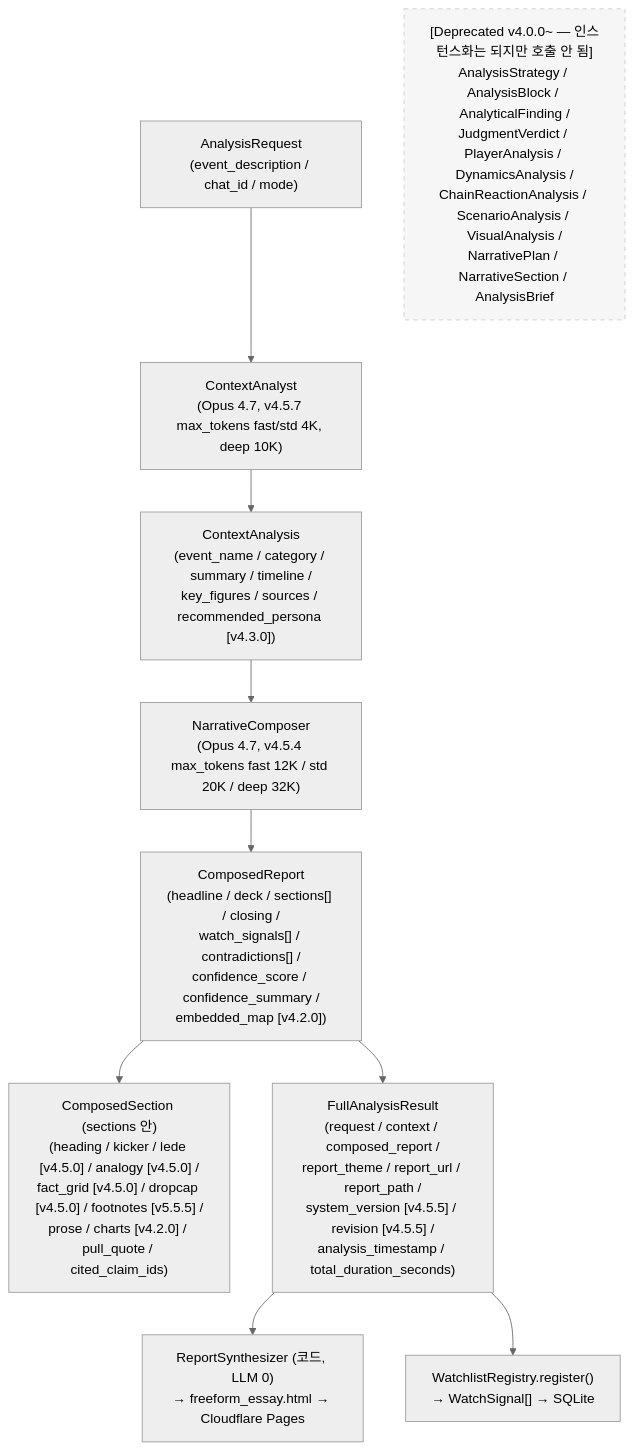
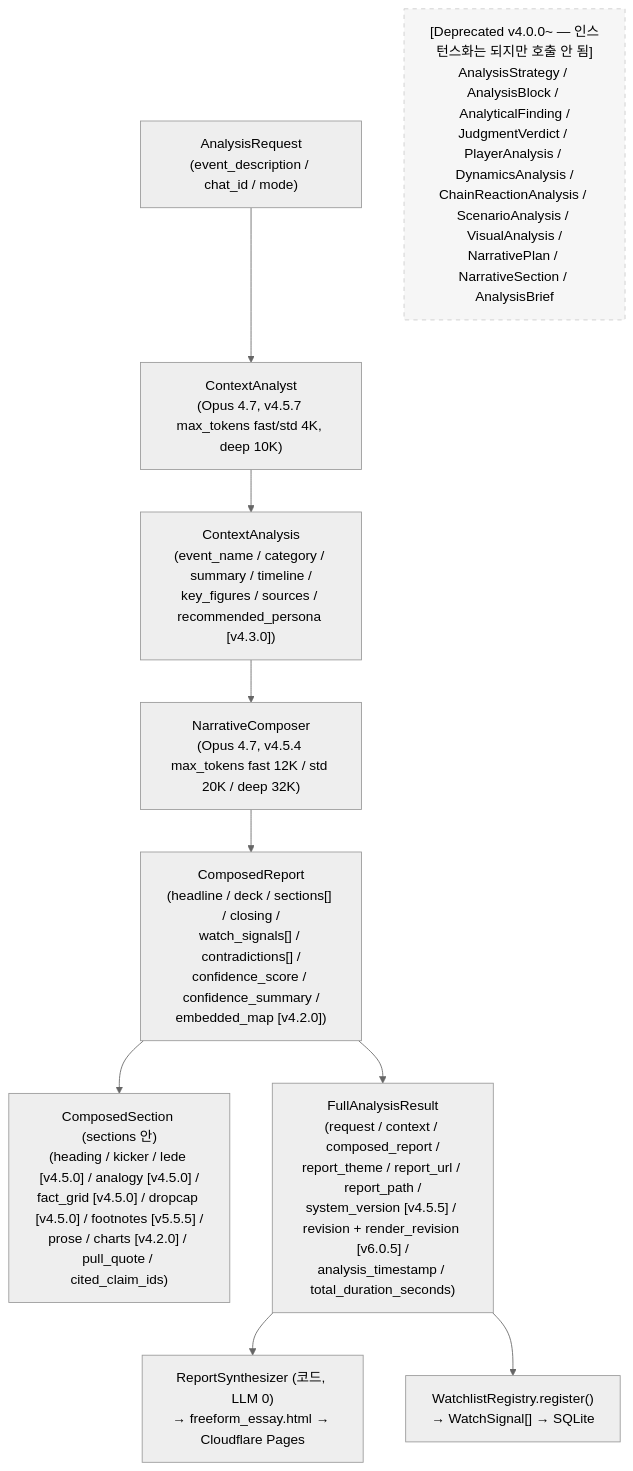
Before and after one commit to doroper98/agents_reviewer: the diagram in docs/DATA_MODELS.md, drawn with Mermaid (neutral theme). The commit also changed other lines of this file and 8 other files, not shown here.

````diff
--- a/docs/DATA_MODELS.md
+++ b/docs/DATA_MODELS.md
@@ -29,15 +29,15 @@
 ```mermaid
 flowchart TD
     REQ["AnalysisRequest<br/>(event_description / chat_id / mode)"] --> CTX["ContextAnalyst<br/>(Opus 4.7, v4.5.7 max_tokens fast/std 4K, deep 10K)"]
     CTX --> CTXA["ContextAnalysis<br/>(event_name / category / summary / timeline /<br/>key_figures / sources / recommended_persona [v4.3.0])"]
     CTXA --> COMP["NarrativeComposer<br/>(Opus 4.7, v4.5.4 max_tokens fast 12K / std 20K / deep 32K)"]
     COMP --> CR["ComposedReport<br/>(headline / deck / sections[] / closing /<br/>watch_signals[] / contradictions[] /<br/>confidence_score / confidence_summary /<br/>embedded_map [v4.2.0])"]
     CR --> SECS["ComposedSection (sections 안)<br/>(heading / kicker / lede [v4.5.0] / analogy [v4.5.0] /<br/>fact_grid [v4.5.0] / dropcap [v4.5.0] / footnotes [v5.5.5] /<br/>prose / charts [v4.2.0] / pull_quote / cited_claim_ids)"]
-    CR --> FULL["FullAnalysisResult<br/>(request / context / composed_report /<br/>report_theme / report_url / report_path /<br/>system_version [v4.5.5] / revision [v4.5.5] /<br/>analysis_timestamp / total_duration_seconds)"]
+    CR --> FULL["FullAnalysisResult<br/>(request / context / composed_report /<br/>report_theme / report_url / report_path /<br/>system_version [v4.5.5] / revision + render_revision [v6.0.5] /<br/>analysis_timestamp / total_duration_seconds)"]
     FULL --> SYNTH["ReportSynthesizer (코드, LLM 0)<br/>→ freeform_essay.html → Cloudflare Pages"]
     FULL --> WL["WatchlistRegistry.register()<br/>→ WatchSignal[] → SQLite"]
 
     %% Deprecated v3.x 모델 — 호출 안 됨
     DEPR["[Deprecated v4.0.0~ — 인스턴스화는 되지만 호출 안 됨]<br/>AnalysisStrategy / AnalysisBlock / AnalyticalFinding /<br/>JudgmentVerdict / PlayerAnalysis / DynamicsAnalysis /<br/>ChainReactionAnalysis / ScenarioAnalysis / VisualAnalysis /<br/>NarrativePlan / NarrativeSection / AnalysisBrief"]
     style DEPR stroke-dasharray: 5 5,opacity:0.5
 ```
````
